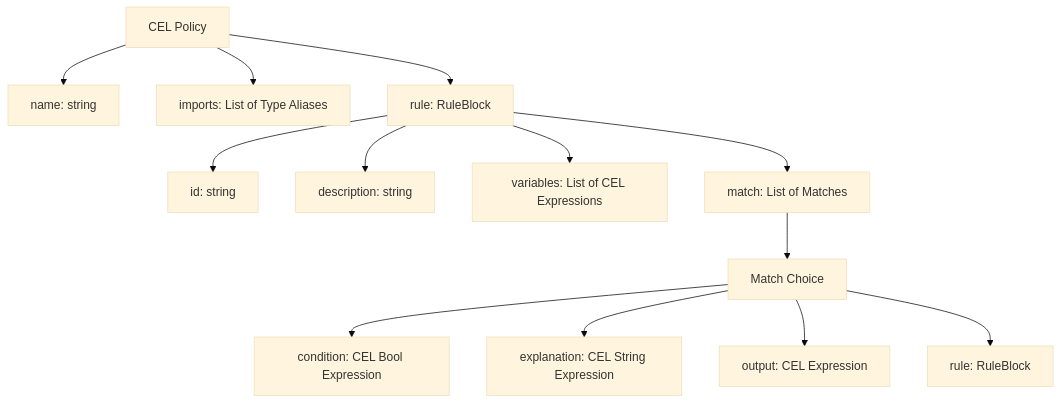
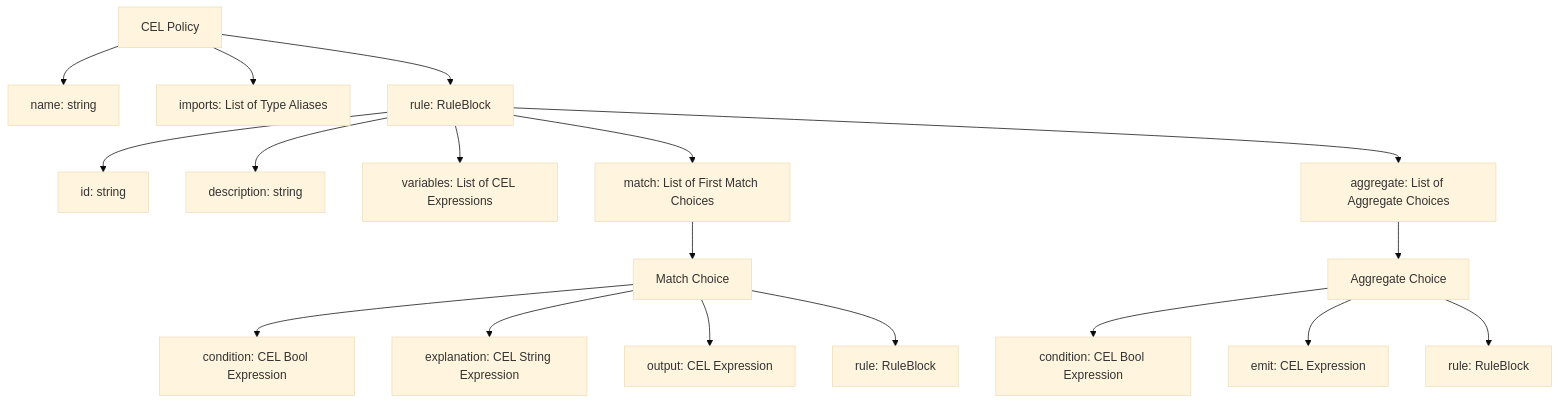
Before and after one commit to cel-expr/cel-policy: the diagram in README.md, drawn with Mermaid (base theme). The commit also changed other lines of this file, not shown here.

Commit message:
Update README.md to include aggregate semantics

````diff
--- a/README.md
+++ b/README.md
@@ -27,17 +27,23 @@
 ```mermaid
 graph TD
     Policy[CEL Policy] --> Name[name: string]
     Policy --> Imports[imports: List of Type Aliases]
     Policy --> RootRule[rule: RuleBlock]
 
     RootRule --> ID[id: string]
     RootRule --> Description[description: string]
     RootRule --> Variables[variables: List of CEL Expressions]
-    RootRule --> Match[match: List of Matches]
+    RootRule --> Match[match: List of First Match Choices]
+    RootRule --> Aggregate[aggregate: List of Aggregate Choices]
 
     Match --> MatchItem[Match Choice]
     MatchItem --> Condition[condition: CEL Bool Expression]
     MatchItem --> Explanation[explanation: CEL String Expression]
     MatchItem --> Output[output: CEL Expression]
     MatchItem --> SubRule[rule: RuleBlock]
+
+    Aggregate --> AggregateItem[Aggregate Choice]
+    AggregateItem --> AggCondition[condition: CEL Bool Expression]
+    AggregateItem --> Emit[emit: CEL Expression]
+    AggregateItem --> AggSubRule[rule: RuleBlock]
 ```
````
